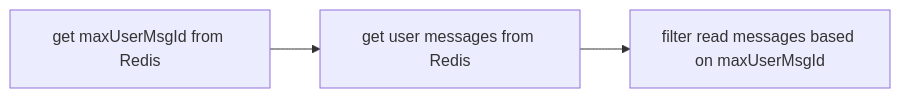
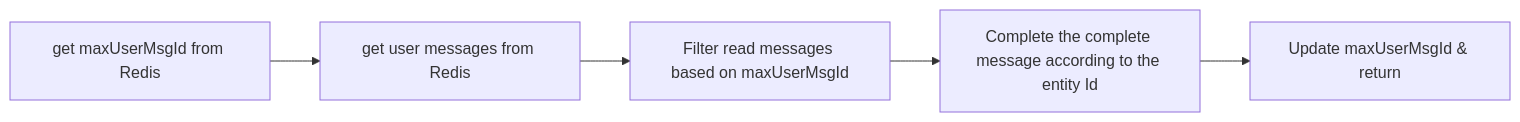
Before and after one commit to qwe2820435o2/SceneGuide: the second of 2 diagrams in Design/Feed Streaming Design/Feed Streaming Design (4) - Feed Pull.md, drawn with Mermaid.

Commit message:
feat: finish General Parameter part two

````diff
--- a/Design/Feed Streaming Design/Feed Streaming Design (4) - Feed Pull.md
+++ b/Design/Feed Streaming Design/Feed Streaming Design (4) - Feed Pull.md
@@ -61,5 +61,7 @@
 ```mermaid
 graph LR
 A[get maxUserMsgId from Redis] --> B[get user message from Redis]
 B[get user messages from Redis] --> C[filter read messages based on maxUserMsgId]
+C[Filter read messages based on maxUserMsgId] --> D[Complete complete messages based on entity Id]
+D[Complete the complete message according to the entity Id] --> E[Update maxUserMsgId & return]
 ```
````
